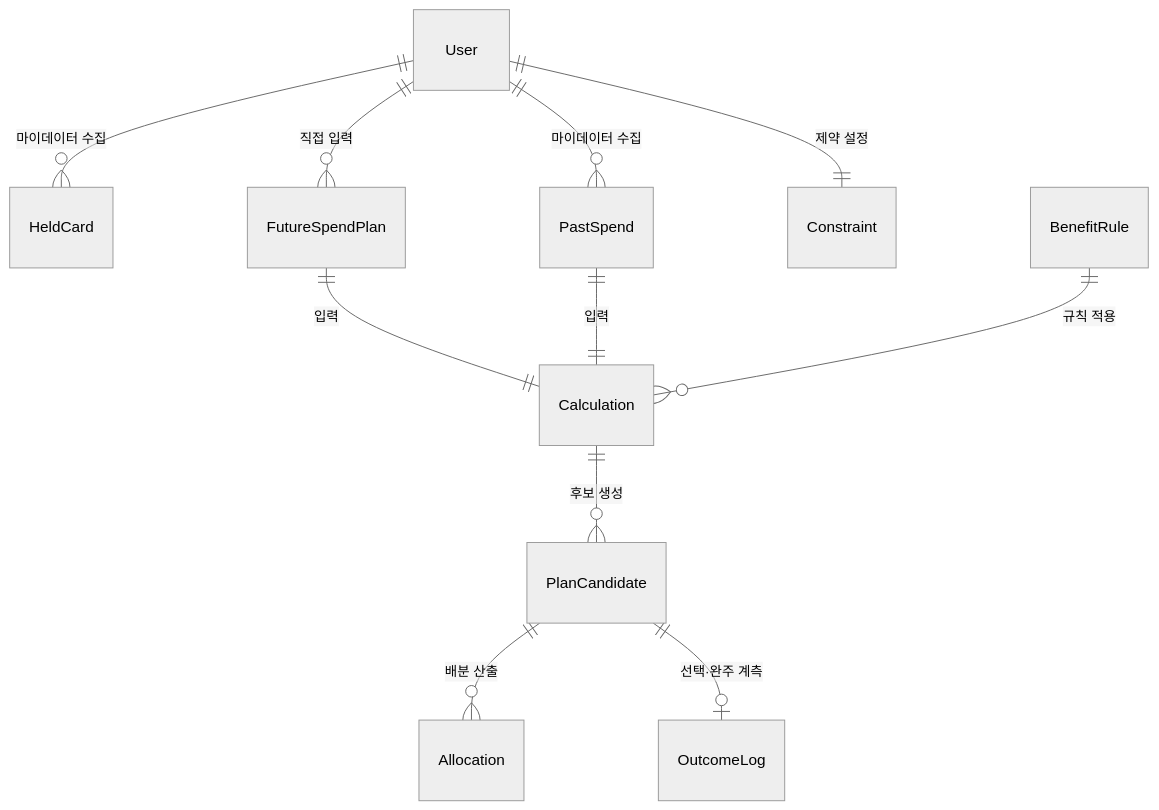
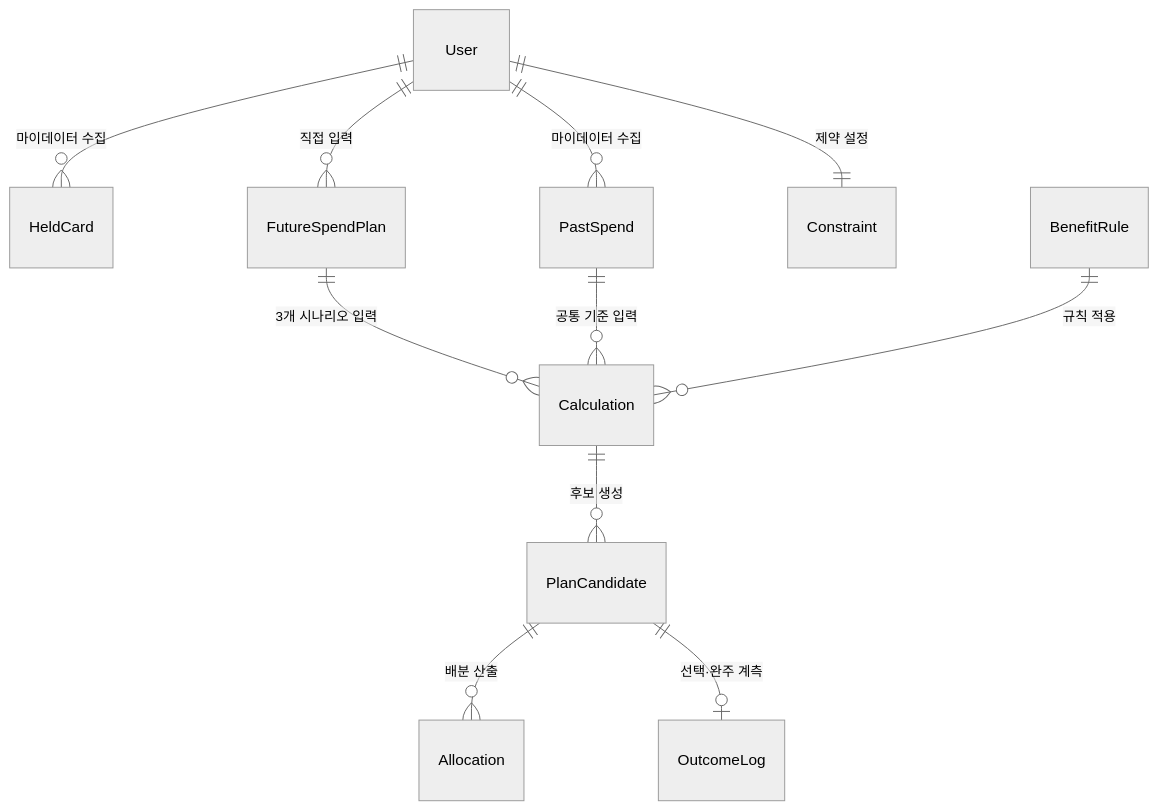
One commit to jennie-brain/CardFit-prd-to-srs changed the second of 3 diagrams in PRD_CardFit_v1.0.md. Above: the diagram before and after it, drawn with Mermaid (neutral theme). The commit also changed other lines of this file, not shown here.

````diff
--- a/PRD_CardFit_v1.0.md
+++ b/PRD_CardFit_v1.0.md
@@ -263,13 +269,13 @@
 ```mermaid
 erDiagram
     User ||--o{ HeldCard : "마이데이터 수집"
     User ||--o{ PastSpend : "마이데이터 수집"
     User ||--o{ FutureSpendPlan : "직접 입력"
     User ||--|| Constraint : "제약 설정"
-    FutureSpendPlan ||--|| Calculation : "입력"
-    PastSpend ||--|| Calculation : "입력"
+    FutureSpendPlan ||--o{ Calculation : "3개 시나리오 입력"
+    PastSpend ||--o{ Calculation : "공통 기준 입력"
     BenefitRule ||--o{ Calculation : "규칙 적용"
     Calculation ||--o{ PlanCandidate : "후보 생성"
     PlanCandidate ||--o{ Allocation : "배분 산출"
     PlanCandidate ||--o| OutcomeLog : "선택·완주 계측"
 ```
````
